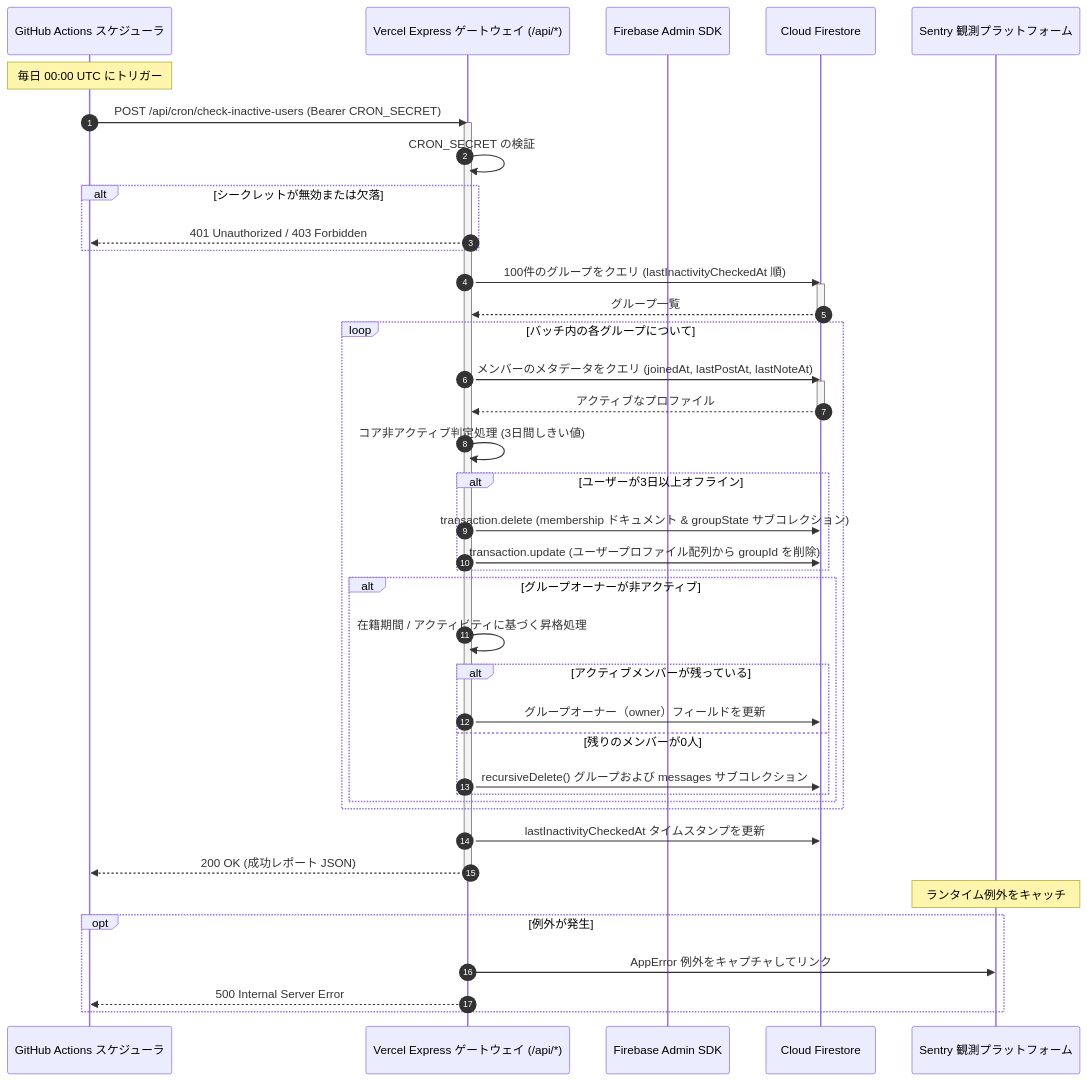
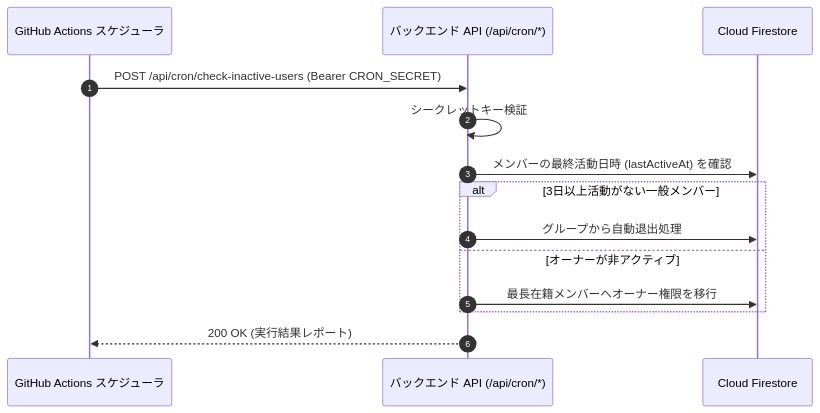
Before and after one commit to ScriptureHabit/scripture-habit: the diagram in docs/ja/cicd-maintenance-automation.md, drawn with Mermaid. The commit also changed other lines of this file and 15 other files, not shown here.

````diff
--- a/docs/ja/cicd-maintenance-automation.md
+++ b/docs/ja/cicd-maintenance-automation.md
@@ -56,56 +32,17 @@
 ```mermaid
 sequenceDiagram
     autonumber
     participant GitHub as GitHub Actions スケジューラ
-    participant Gateway as Vercel Express ゲートウェイ (/api/*)
-    participant Auth as Firebase Admin SDK
+    participant API as バックエンド API (/api/cron/*)
     participant DB as Cloud Firestore
-    participant Sentry as Sentry 観測プラットフォーム
 
-    Note over GitHub: 毎日 00:00 UTC にトリガー
-    GitHub->>Gateway: POST /api/cron/check-inactive-users (Bearer CRON_SECRET)
-    
-    activate Gateway
-    Gateway->>Gateway: CRON_SECRET の検証
-    alt シークレットが無効または欠落
-        Gateway-->>GitHub: 401 Unauthorized / 403 Forbidden
+    GitHub->>API: POST /api/cron/check-inactive-users (Bearer CRON_SECRET)
+    API->>API: シークレットキー検証
+    API->>DB: メンバーの最終活動日時 (lastActiveAt) を確認
+    alt 3日以上活動がない一般メンバー
+        API->>DB: グループから自動退出処理
+    else オーナーが非アクティブ
+        API->>DB: 最長在籍メンバーへオーナー権限を移行
     end
-    
-    Gateway->>DB: 100件のグループをクエリ (lastInactivityCheckedAt 順)
-    activate DB
-    DB-->>Gateway: グループ一覧
-    deactivate DB
-    
-    loop バッチ内の各グループについて
-        Gateway->>DB: メンバーのメタデータをクエリ (joinedAt, lastPostAt, lastNoteAt)
-        activate DB
-        DB-->>Gateway: アクティブなプロファイル
-        deactivate DB
-        
-        Gateway->>Gateway: コア非アクティブ判定処理 (3日間しきい値)
-        
-        alt ユーザーが3日以上オフライン
-            Gateway->>DB: transaction.delete (membership ドキュメント & groupState サブコレクション)
-            Gateway->>DB: transaction.update (ユーザープロファイル配列から groupId を削除)
-        end
-        
-        alt グループオーナーが非アクティブ
-            Gateway->>Gateway: 在籍期間 / アクティビティに基づく昇格処理
-            alt アクティブメンバーが残っている
-                Gateway->>DB: グループオーナー（owner）フィールドを更新
-            else 残りのメンバーが0人
-                Gateway->>DB: recursiveDelete() グループおよび messages サブコレクション
-            end
-        end
-    end
-    
-    Gateway->>DB: lastInactivityCheckedAt タイムスタンプを更新
-    Gateway-->>GitHub: 200 OK (成功レポート JSON)
-    deactivate Gateway
-    
-    Note over Sentry: ランタイム例外をキャッチ
-    opt 例外が発生
-        Gateway->>Sentry: AppError 例外をキャプチャしてリンク
-        Gateway-->>GitHub: 500 Internal Server Error
-    end
+    API-->>GitHub: 200 OK (実行結果レポート)
 ```
````
